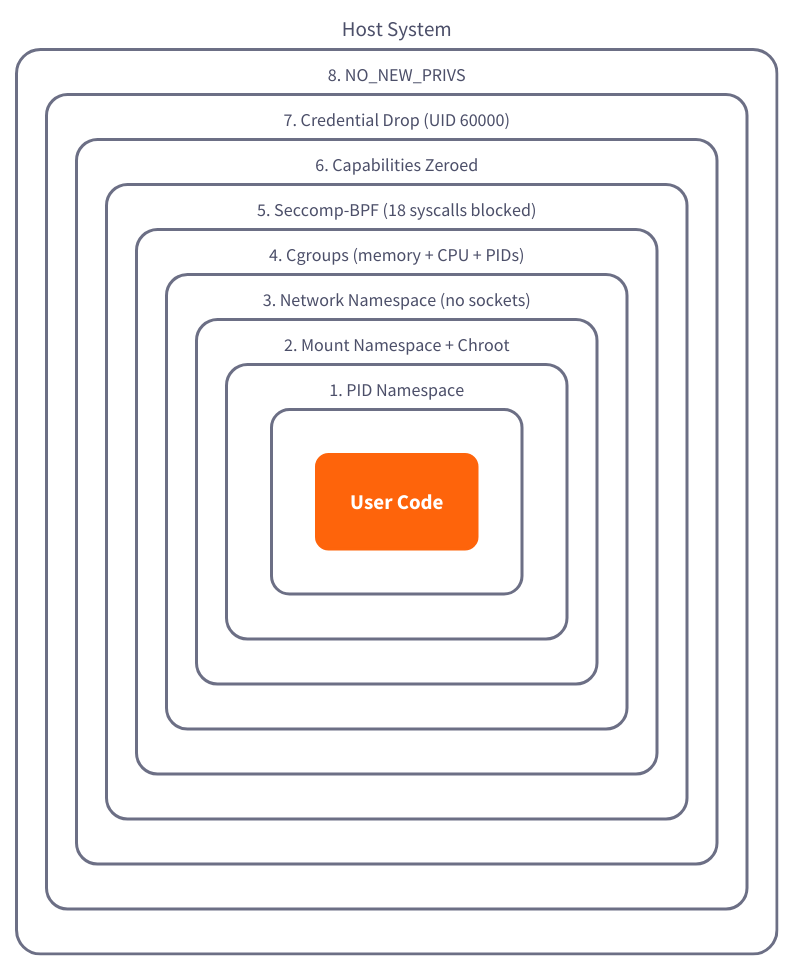
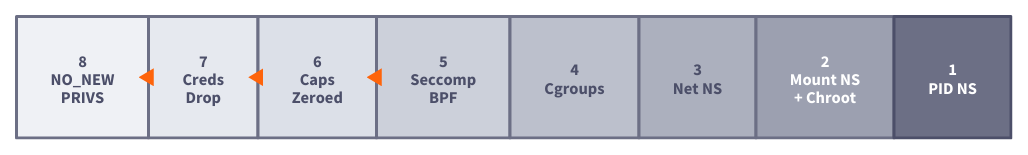
One commit to orkait/rustbox changed the diagram in docs-site/src/assets/diagrams/isolation-layers.d2. Above: the diagram before and after it, drawn with D2. The commit also changed 19 other files, not shown here.

```diff
--- a/docs-site/src/assets/diagrams/isolation-layers.d2
+++ b/docs-site/src/assets/diagrams/isolation-layers.d2
@@ -1,92 +1,73 @@
-direction: down
+grid-columns: 8
+grid-rows: 1
+grid-gap: 0
 
-host: {
-  label: "Host System"
-  style.fill: "#ffffff"
+l8: {
+  label: "8\nNO_NEW\nPRIVS"
+  style.fill: "#eff1f5"
   style.stroke: "#6c6f85"
   style.font-color: "#4c4f69"
-  style.border-radius: 16
-  style.font-size: 14
+  style.border-radius: 0
+  style.font-size: 11
+}
+l7: {
+  label: "7\nCreds\nDrop"
+  style.fill: "#e6e9ef"
+  style.stroke: "#6c6f85"
+  style.font-color: "#4c4f69"
+  style.border-radius: 0
+  style.font-size: 11
+}
+l6: {
+  label: "6\nCaps\nZeroed"
+  style.fill: "#dce0e8"
+  style.stroke: "#6c6f85"
+  style.font-color: "#4c4f69"
+  style.border-radius: 0
+  style.font-size: 11
+}
+l5: {
+  label: "5\nSeccomp\nBPF"
+  style.fill: "#ccd0da"
+  style.stroke: "#6c6f85"
+  style.font-color: "#4c4f69"
+  style.border-radius: 0
+  style.font-size: 11
+}
+l4: {
+  label: "4\nCgroups"
+  style.fill: "#bcc0cc"
+  style.stroke: "#6c6f85"
+  style.font-color: "#4c4f69"
+  style.border-radius: 0
+  style.font-size: 11
+}
+l3: {
+  label: "3\nNet NS"
+  style.fill: "#acb0be"
+  style.stroke: "#6c6f85"
+  style.font-color: "#4c4f69"
+  style.border-radius: 0
+  style.font-size: 11
+}
+l2: {
+  label: "2\nMount NS\n+ Chroot"
+  style.fill: "#9ca0b0"
+  style.stroke: "#6c6f85"
+  style.font-color: "#ffffff"
+  style.border-radius: 0
+  style.font-size: 11
+}
+l1: {
+  label: "1\nPID NS"
+  style.fill: "#6c6f85"
+  style.stroke: "#4c4f69"
+  style.font-color: "#ffffff"
+  style.border-radius: 0
+  style.font-size: 11
+}
 
-  l8: {
-    label: "8. NO_NEW_PRIVS"
-    style.fill: "#ffffff"
-    style.stroke: "#6c6f85"
-    style.font-color: "#4c4f69"
-    style.border-radius: 14
-    style.font-size: 12
-
-    l7: {
-      label: "7. Credential Drop (UID 60000)"
-      style.fill: "#ffffff"
-      style.stroke: "#6c6f85"
-      style.font-color: "#4c4f69"
-      style.border-radius: 14
-      style.font-size: 12
-
-      l6: {
-        label: "6. Capabilities Zeroed"
-        style.fill: "#ffffff"
-        style.stroke: "#6c6f85"
-        style.font-color: "#4c4f69"
-        style.border-radius: 14
-        style.font-size: 12
-
-        l5: {
-          label: "5. Seccomp-BPF (18 syscalls blocked)"
-          style.fill: "#ffffff"
-          style.stroke: "#6c6f85"
-          style.font-color: "#4c4f69"
-          style.border-radius: 14
-          style.font-size: 12
-
-          l4: {
-            label: "4. Cgroups (memory + CPU + PIDs)"
-            style.fill: "#ffffff"
-            style.stroke: "#6c6f85"
-            style.font-color: "#4c4f69"
-            style.border-radius: 14
-            style.font-size: 12
-
-            l3: {
-              label: "3. Network Namespace (no sockets)"
-              style.fill: "#ffffff"
-              style.stroke: "#6c6f85"
-              style.font-color: "#4c4f69"
-              style.border-radius: 14
-              style.font-size: 12
-
-              l2: {
-                label: "2. Mount Namespace + Chroot"
-                style.fill: "#ffffff"
-                style.stroke: "#6c6f85"
-                style.font-color: "#4c4f69"
-                style.border-radius: 14
-                style.font-size: 12
-
-                l1: {
-                  label: "1. PID Namespace"
-                  style.fill: "#ffffff"
-                  style.stroke: "#6c6f85"
-                  style.font-color: "#4c4f69"
-                  style.border-radius: 12
-                  style.font-size: 12
-
-                  payload: {
-                    label: "User Code"
-                    style.fill: "#fe640b"
-                    style.stroke: "#fe640b"
-                    style.font-color: "#ffffff"
-                    style.border-radius: 8
-                    style.font-size: 14
-                    style.bold: true
-                  }
-                }
-              }
-            }
-          }
-        }
-      }
-    }
-  }
+l8 -> l7 -> l6 -> l5 -> l4 -> l3 -> l2 -> l1: {
+  style.stroke: "#fe640b"
+  style.stroke-width: 2
 }
```
